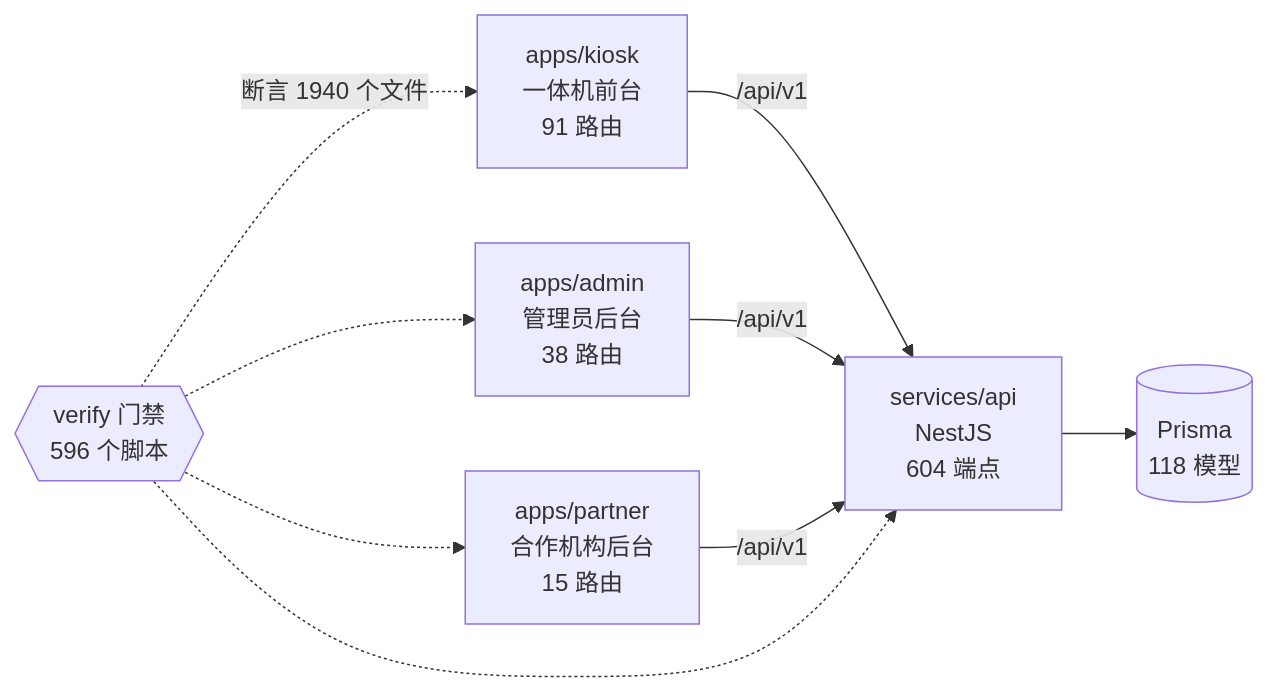
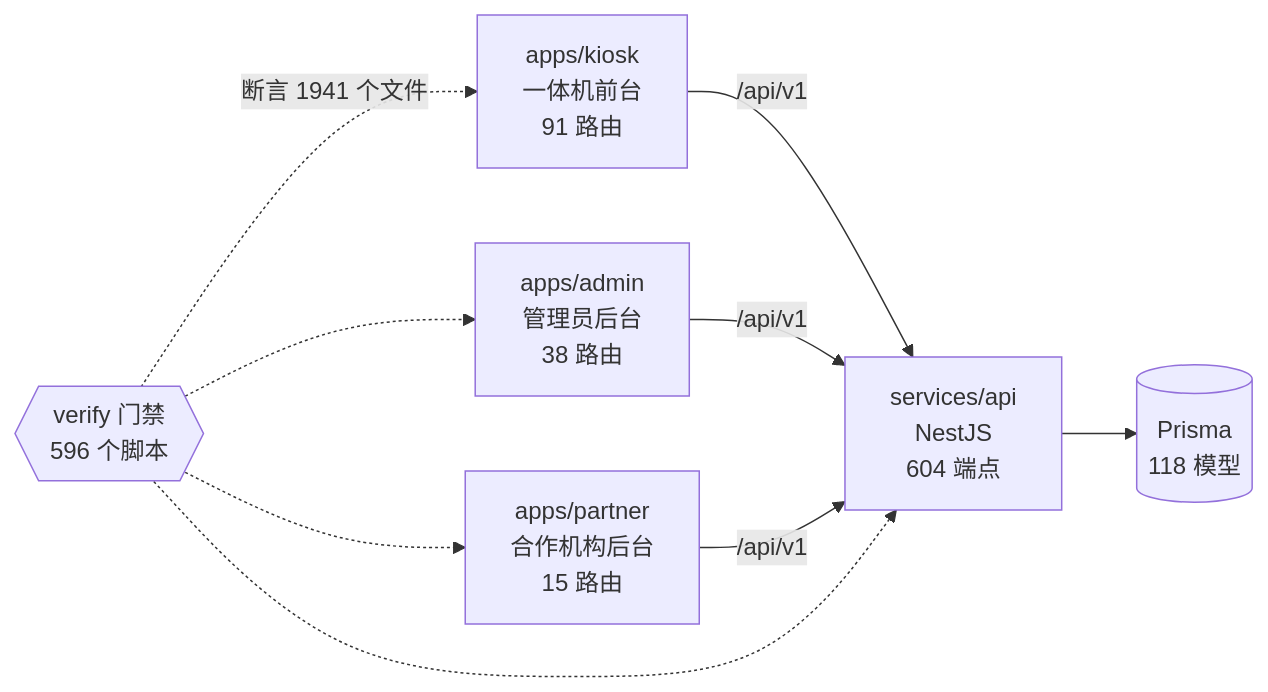
Before and after one commit to wanglei581/YITIJI: the diagram in docs/graph/README.md, drawn with Mermaid. The commit also changed other lines of this file and 2 other files, not shown here.

Commit message:
docs(graph): 并 main 后按合并后的代码重出图谱

````diff
--- a/docs/graph/README.md
+++ b/docs/graph/README.md
@@ -68,18 +68,18 @@
 ```mermaid
 flowchart LR
   kiosk["apps/kiosk<br/>一体机前台<br/>91 路由"]
   admin["apps/admin<br/>管理员后台<br/>38 路由"]
   partner["apps/partner<br/>合作机构后台<br/>15 路由"]
   api["services/api<br/>NestJS<br/>604 端点"]
   db[("Prisma<br/>118 模型")]
   gates{{"verify 门禁<br/>596 个脚本"}}
 
   kiosk -->|"/api/v1"| api
   admin -->|"/api/v1"| api
   partner -->|"/api/v1"| api
   api --> db
-  gates -.->|"断言 1940 个文件"| kiosk
+  gates -.->|"断言 1941 个文件"| kiosk
   gates -.-> admin
   gates -.-> partner
   gates -.-> api
 ```
````
